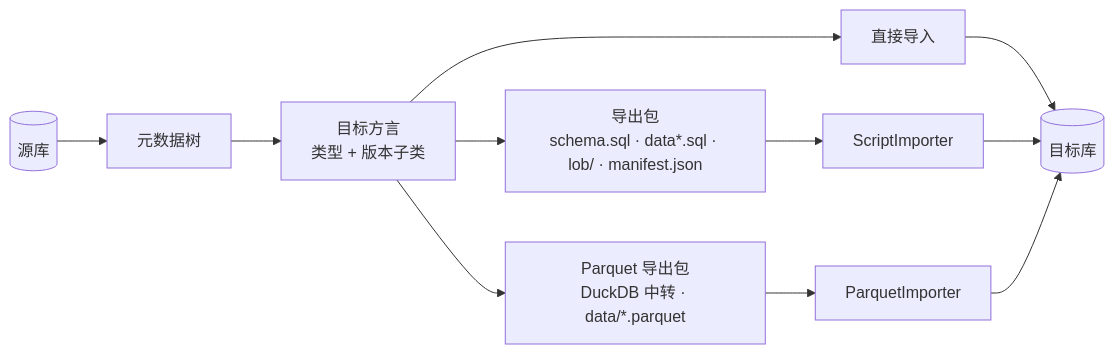
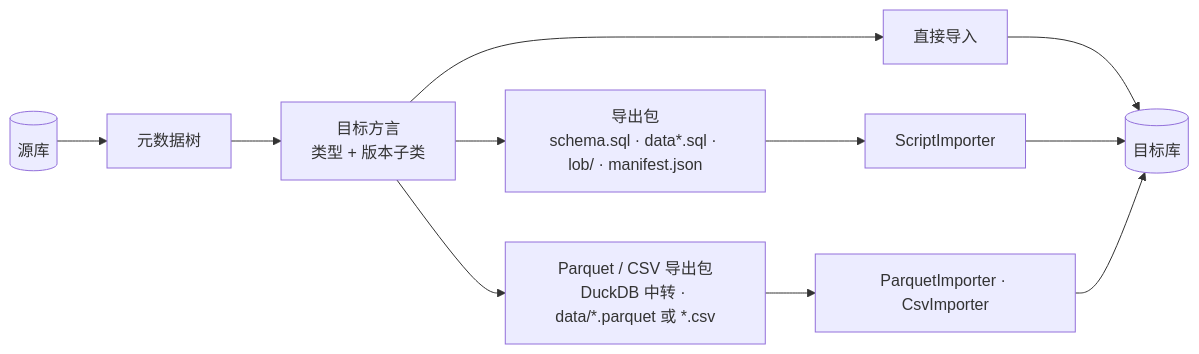
The diagram in docs/blogger/sqljam-zh.md (paganini2008/sqljam), drawn with Mermaid before and after one commit. The commit also changed other lines of this file and 75 other files, not shown here.

````diff
--- a/docs/blogger/sqljam-zh.md
+++ b/docs/blogger/sqljam-zh.md
@@ -103,10 +106,10 @@
 ```mermaid
 flowchart LR
     S[(源库)] --> T[元数据树]
     T --> D[目标方言<br/>类型 + 版本子类]
     D --> I[直接导入] --> TD[(目标库)]
     D --> E[导出包<br/>schema.sql · data*.sql · lob/ · manifest.json]
     E --> SI[ScriptImporter] --> TD
-    D --> P[Parquet 导出包<br/>DuckDB 中转 · data/*.parquet]
-    P --> PI[ParquetImporter] --> TD
+    D --> P[Parquet / CSV 导出包<br/>DuckDB 中转 · data/*.parquet 或 *.csv]
+    P --> PI[ParquetImporter · CsvImporter] --> TD
 ```
````
